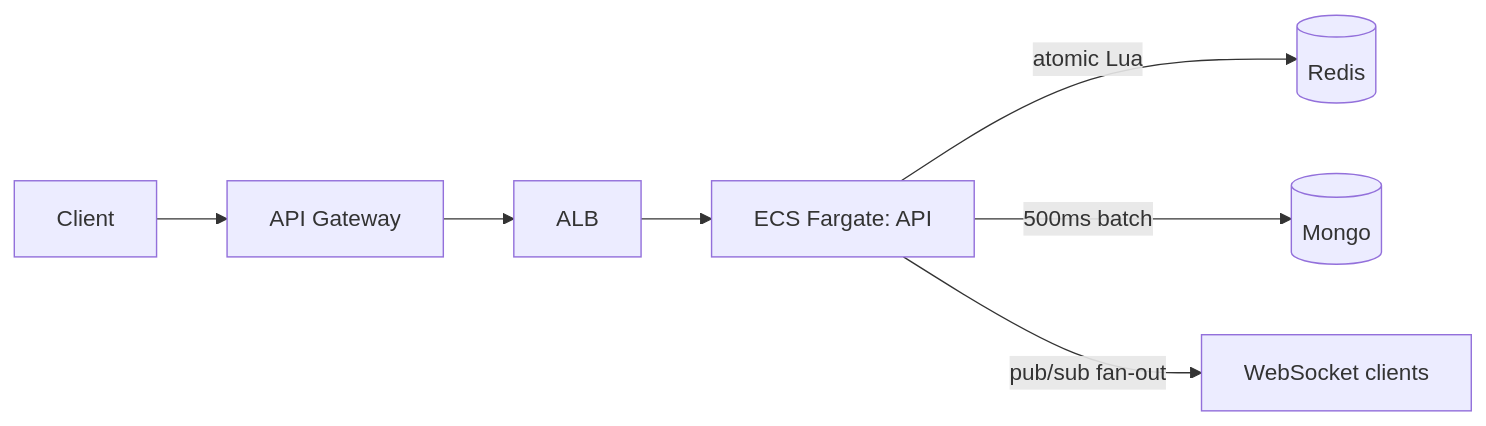
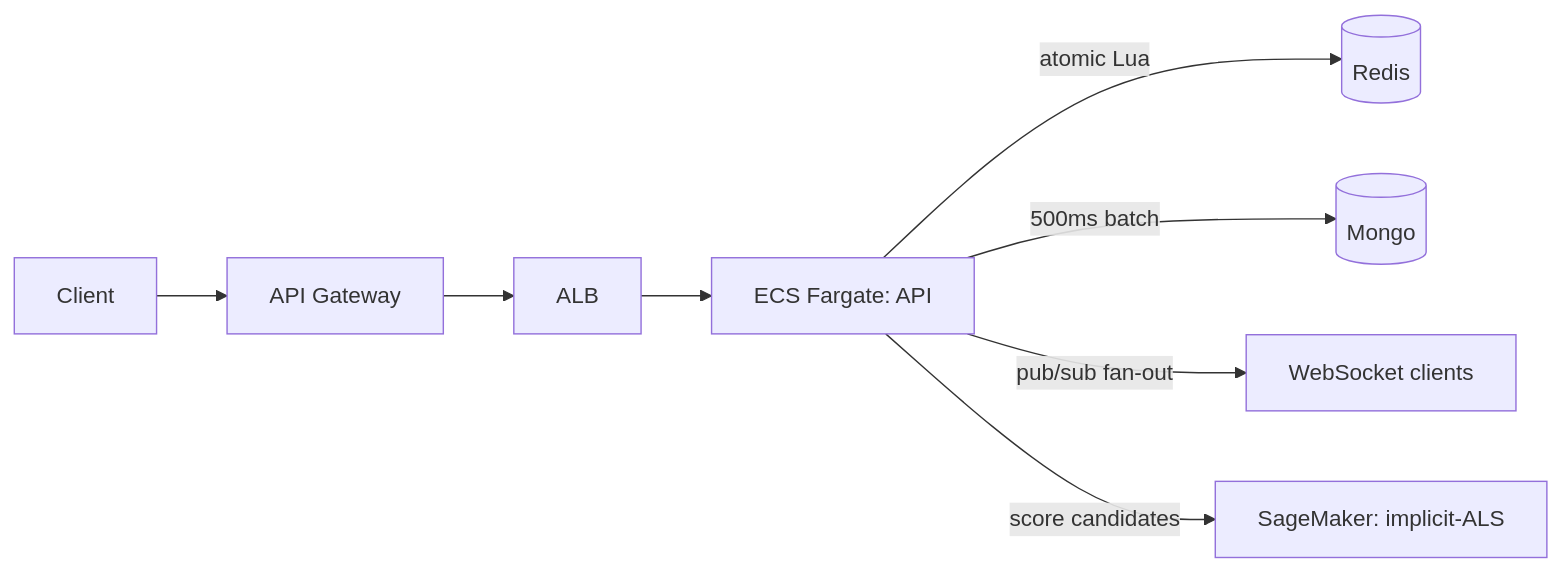
One commit to chhaveesh/GymJam changed the diagram in README.md. Above: the diagram before and after it, drawn with Mermaid. The commit also changed other lines of this file and 23 other files, not shown here.

````diff
--- a/README.md
+++ b/README.md
@@ -55,7 +57,8 @@
 ```mermaid
 flowchart LR
   C[Client] --> APIGW[API Gateway] --> ALB --> API[ECS Fargate: API]
   API -->|atomic Lua| R[(Redis)]
   API -->|500ms batch| M[(Mongo)]
   API -->|pub/sub fan-out| WS[WebSocket clients]
+  API -->|score candidates| SM[SageMaker: implicit-ALS]
 ```
````
